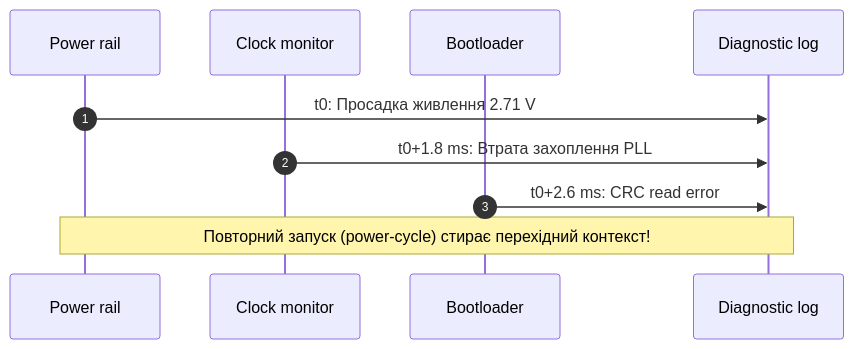
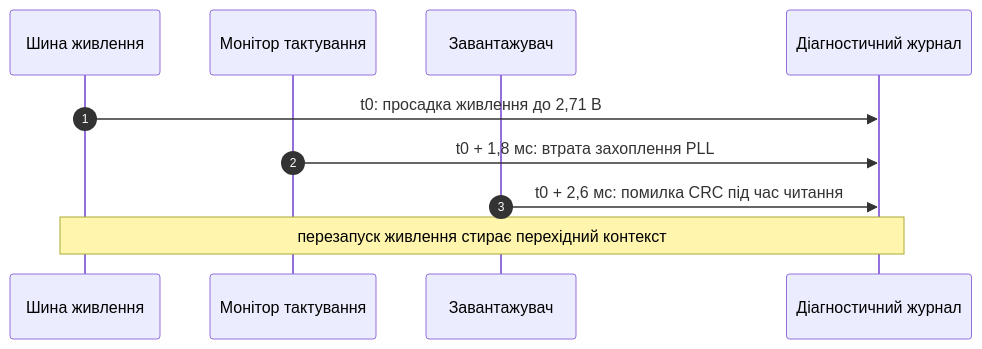
Before and after one commit to nick-fedchik/articles: the second of 5 diagrams in ExpertSystem/ch24-system-diagnosis.md, drawn with Mermaid. The commit also changed other lines of this file, not shown here.

````diff
--- a/ExpertSystem/ch24-system-diagnosis.md
+++ b/ExpertSystem/ch24-system-diagnosis.md
@@ -110,14 +87,15 @@
 ```mermaid
 sequenceDiagram
+    accTitle: Часова послідовність подій під час збою холодного старту
+    accDescr: Просадка живлення, через 1,8 мс втрата захоплення PLL, через 2,6 мс помилка CRC завантажувача; перезапуск стирає перехідний контекст.
+
     autonumber
-    accTitle: Часова шкала діагностичних подій при збої холодного старту
-    accDescr: Послідовність просадки напруги, втрати синхронізації тактування та помилки CRC.
-    participant P as Power rail
-    participant C as Clock monitor
-    participant B as Bootloader
-    participant L as Diagnostic log
-    P->>L: t0: Просадка живлення 2.71 V
-    C->>L: t0+1.8 ms: Втрата захоплення PLL
-    B->>L: t0+2.6 ms: CRC read error
-    Note over P,L: Повторний запуск (power-cycle) стирає перехідний контекст!
+    participant P as Шина живлення
+    participant C as Монітор тактування
+    participant B as Завантажувач
+    participant L as Діагностичний журнал
+    P->>L: t0: просадка живлення до 2,71 В
+    C->>L: t0 + 1,8 мс: втрата захоплення PLL
+    B->>L: t0 + 2,6 мс: помилка CRC під час читання
+    Note over P,L: перезапуск живлення стирає перехідний контекст
 ```
````
